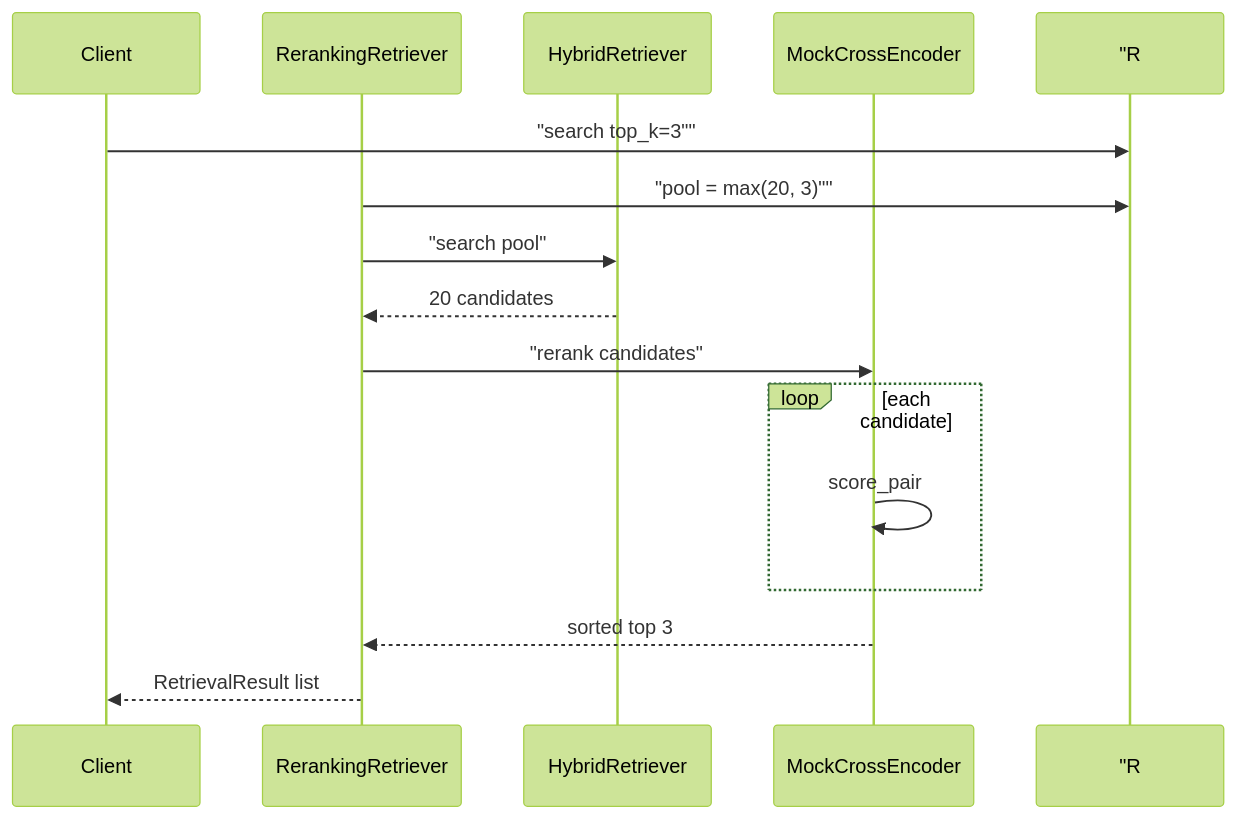
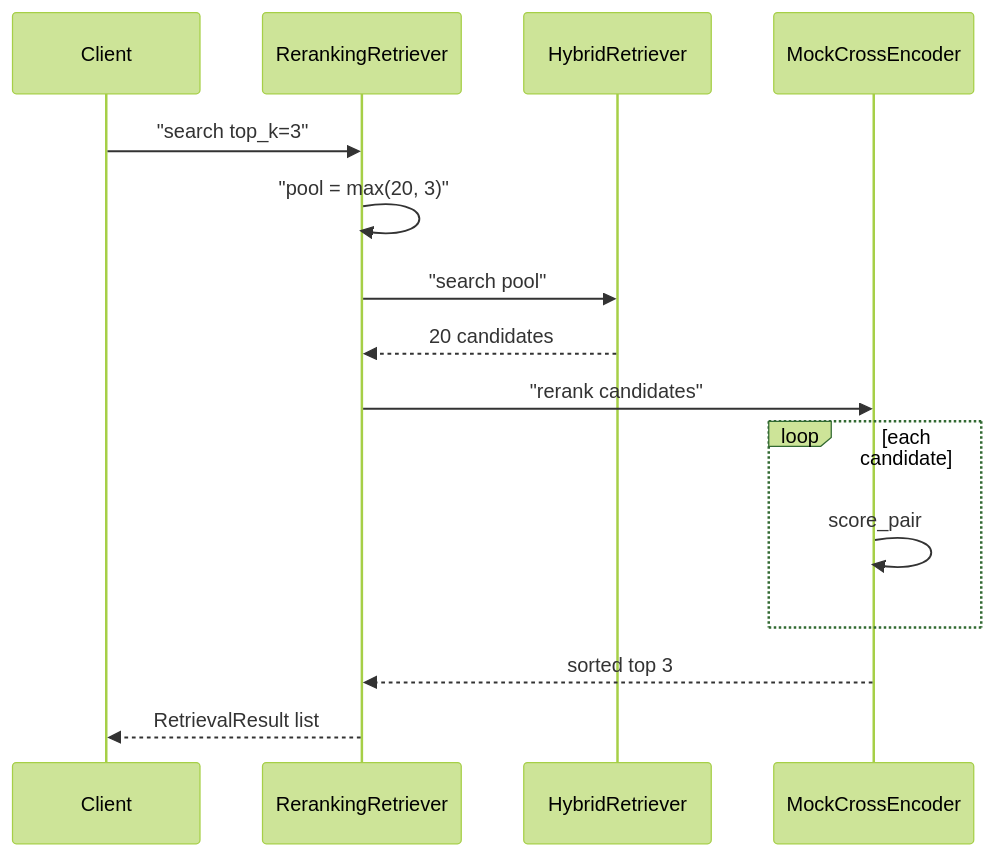
The first of 2 diagrams in course/day32/04_流程图与示意图.md (ab6539763/70_days_course_plus), drawn with Mermaid (forest theme) before and after one commit. The commit also changed 80 other files, not shown here.

First line of the commit message:
fix(course): 修复 Mermaid 图表渲染报错 + 同步嵌入代码快照

````diff
--- a/course/day32/04_流程图与示意图.md
+++ b/course/day32/04_流程图与示意图.md
@@ -5,17 +5,17 @@
 ```mermaid
 sequenceDiagram
     participant U as Client
     participant R as RerankingRetriever
     participant H as HybridRetriever
     participant C as MockCrossEncoder
-    U->> "R: "search top_k=3""
-    R->> "R: "pool = max(20, 3)""
+    U->>R: "search top_k=3"
+    R->>R: "pool = max(20, 3)"
     R->>H: "search pool"
     H-->>R: 20 candidates
     R->>C: "rerank candidates"
     loop each candidate
         C->>C: score_pair
     end
     C-->>R: sorted top 3
     R-->>U: RetrievalResult list
 ```
````
